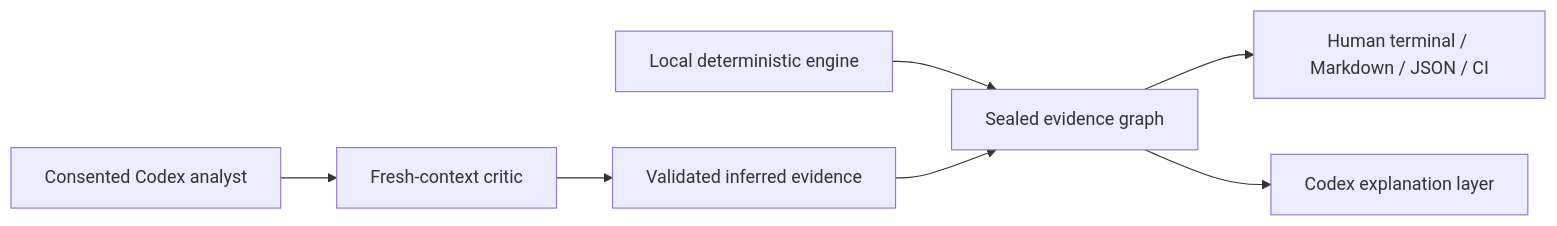
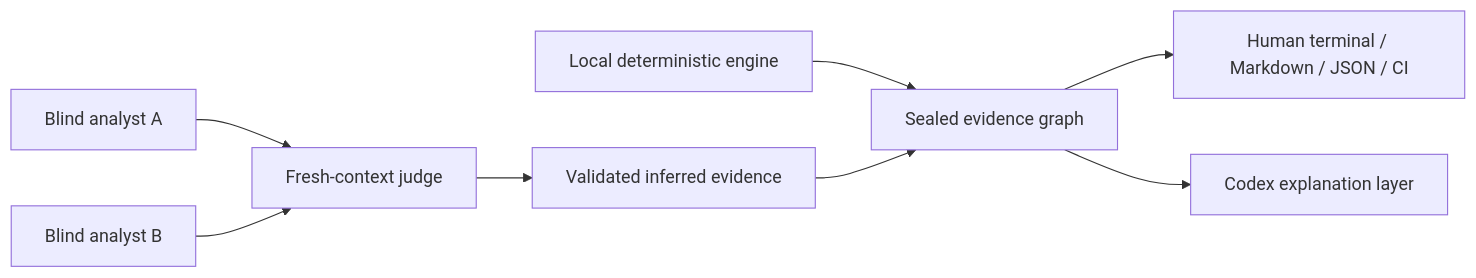
One commit to CHEology/agent-doctor changed the diagram in README.md. Above: the diagram before and after it, drawn with Mermaid. The commit also changed other lines of this file and 35 other files, not shown here.

````diff
--- a/README.md
+++ b/README.md
@@ -25,9 +26,10 @@
 ```mermaid
 flowchart LR
     A["Local deterministic engine"] --> B["Sealed evidence graph"]
     B --> C["Human terminal / Markdown / JSON / CI"]
     B --> D["Codex explanation layer"]
-    E["Consented Codex analyst"] --> F["Fresh-context critic"]
-    F --> G["Validated inferred evidence"]
-    G --> B
+    E["Blind analyst A"] --> G["Fresh-context judge"]
+    F["Blind analyst B"] --> G
+    G --> H["Validated inferred evidence"]
+    H --> B
 ```
````
